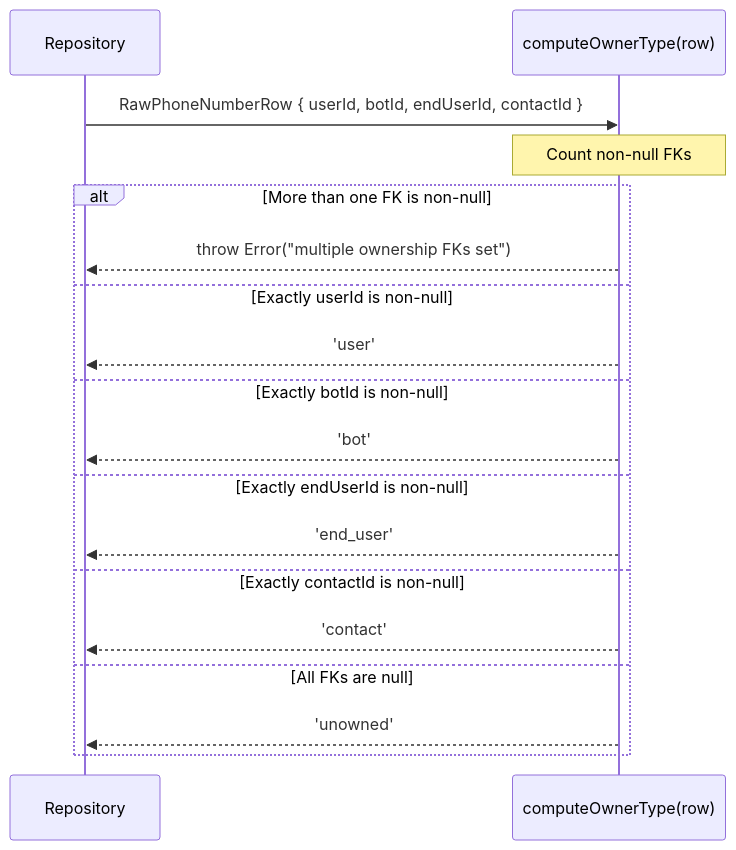
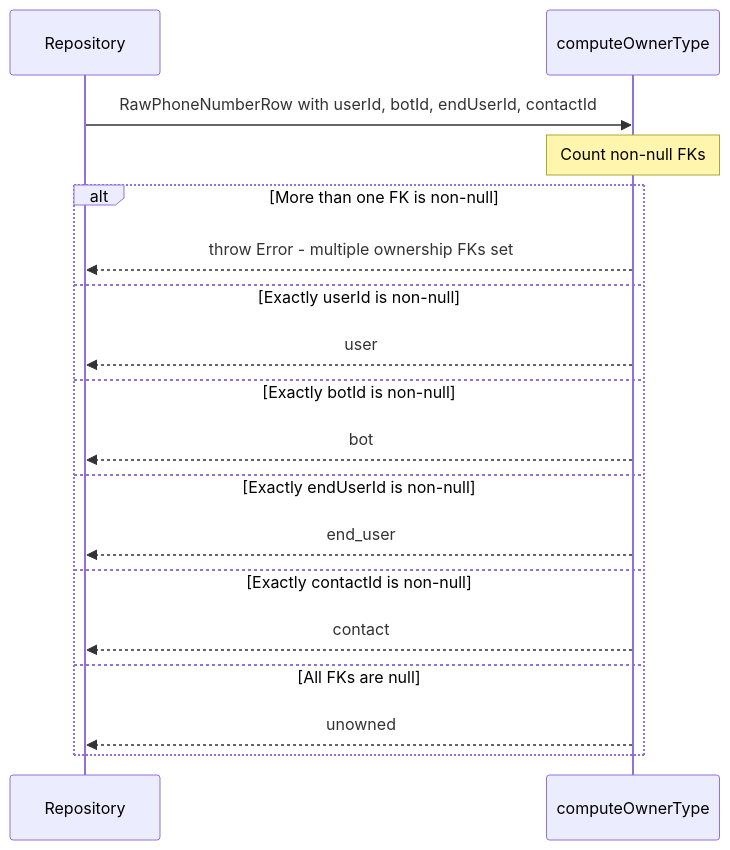
Before and after one commit to phonetastic-eng/phonetastic-server: the fifth of 6 diagrams in docs/zod-domain-types-design.md, drawn with Mermaid. The commit also changed other lines of this file and 1 other file, not shown here.

First line of the commit message:
Fix broken Mermaid diagrams in design docs

````diff
--- a/docs/zod-domain-types-design.md
+++ b/docs/zod-domain-types-design.md
@@ -119,21 +119,21 @@
 ```mermaid
 sequenceDiagram
     participant R as Repository
-    participant F as computeOwnerType(row)
+    participant F as computeOwnerType
 
-    R->>F: RawPhoneNumberRow { userId, botId, endUserId, contactId }
+    R->>F: RawPhoneNumberRow with userId, botId, endUserId, contactId
     note over F: Count non-null FKs
     alt More than one FK is non-null
-        F-->>R: throw Error("multiple ownership FKs set")
+        F-->>R: throw Error - multiple ownership FKs set
     else Exactly userId is non-null
-        F-->>R: 'user'
+        F-->>R: user
     else Exactly botId is non-null
-        F-->>R: 'bot'
+        F-->>R: bot
     else Exactly endUserId is non-null
-        F-->>R: 'end_user'
+        F-->>R: end_user
     else Exactly contactId is non-null
-        F-->>R: 'contact'
+        F-->>R: contact
     else All FKs are null
-        F-->>R: 'unowned'
+        F-->>R: unowned
     end
 ```
````
